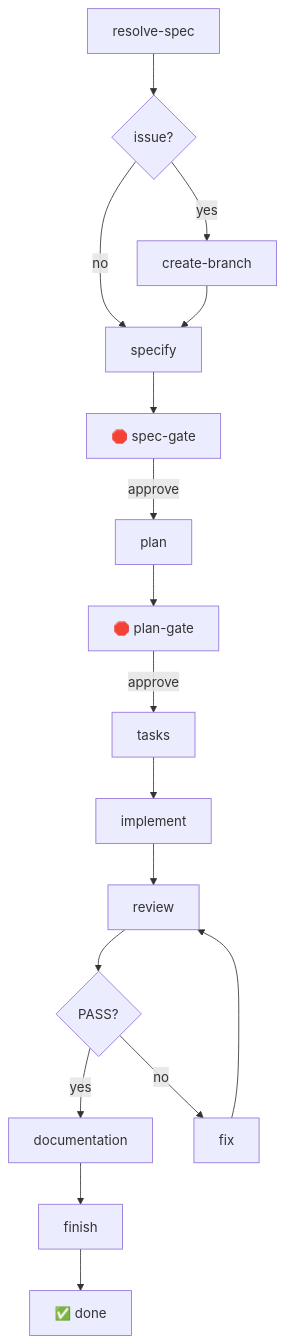
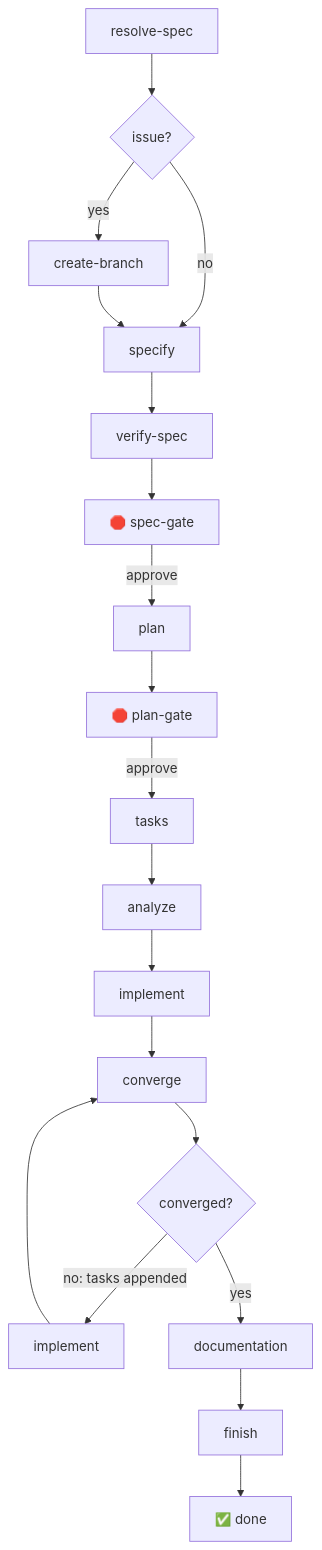
One commit to markuswondrak/spec-kit-extended-flow changed the second of 4 diagrams in docs/flows.md. Above: the diagram before and after it, drawn with Mermaid. The commit also changed other lines of this file and 51 other files, not shown here.

First line of the commit message:
feat: bundle bug extension, catalog infra, and unattended runtime for all flows

````diff
--- a/docs/flows.md
+++ b/docs/flows.md
@@ -9,19 +41,21 @@
 ```mermaid
 flowchart TD
     A[resolve-spec] --> B{issue?}
     B -->|yes| C[create-branch]
     B -->|no| D[specify]
     C --> D
-    D --> E[🛑 spec-gate]
-    E -->|approve| F[plan]
-    F --> G[🛑 plan-gate]
-    G -->|approve| H[tasks]
-    H --> I[implement]
-    I --> J[review]
-    J --> K{PASS?}
-    K -->|yes| L[documentation]
-    K -->|no| M[fix]
-    M --> J
-    L --> N[finish]
-    N --> O[✅ done]
+    D --> E[verify-spec]
+    E --> F[🛑 spec-gate]
+    F -->|approve| G[plan]
+    G --> H[🛑 plan-gate]
+    H -->|approve| I[tasks]
+    I --> J[analyze]
+    J --> K[implement]
+    K --> L[converge]
+    L --> M{converged?}
+    M -->|no: tasks appended| N[implement]
+    N --> L
+    M -->|yes| O[documentation]
+    O --> P[finish]
+    P --> Q[✅ done]
 ```
````
